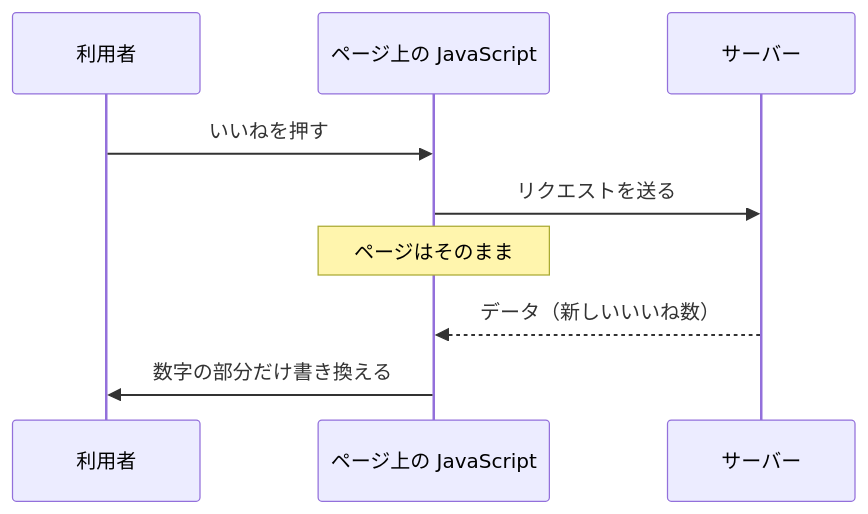
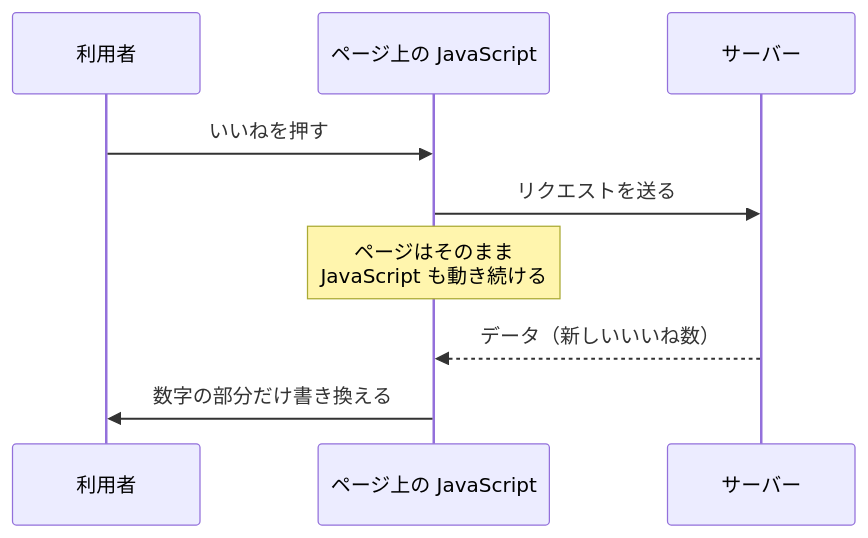
Before and after one commit to ozaki25/web-front-training-ozaki25: the second of 2 diagrams in docs/drafts/172/index.md, drawn with Mermaid. The commit also changed other lines of this file, not shown here.

````diff
--- a/docs/drafts/172/index.md
+++ b/docs/drafts/172/index.md
@@ -91,11 +87,11 @@
 ```mermaid
 sequenceDiagram
   participant U as 利用者
   participant J as ページ上の JavaScript
   participant S as サーバー
   U->>J: いいねを押す
   J->>S: リクエストを送る
-  Note over J: ページはそのまま
+  Note over J: ページはそのまま<br/>JavaScript も動き続ける
   S-->>J: データ（新しいいいね数）
   J->>U: 数字の部分だけ書き換える
 ```
````
